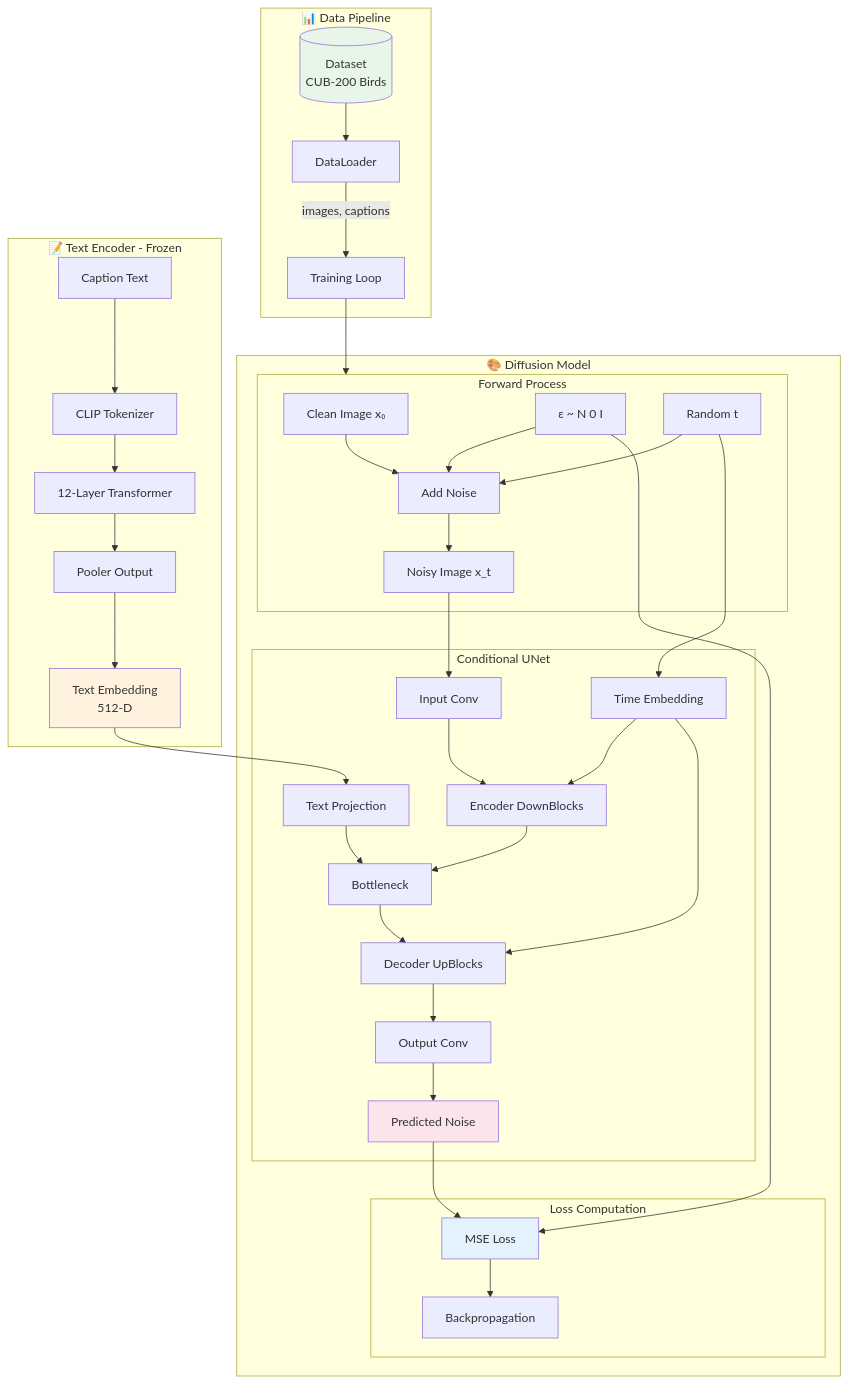
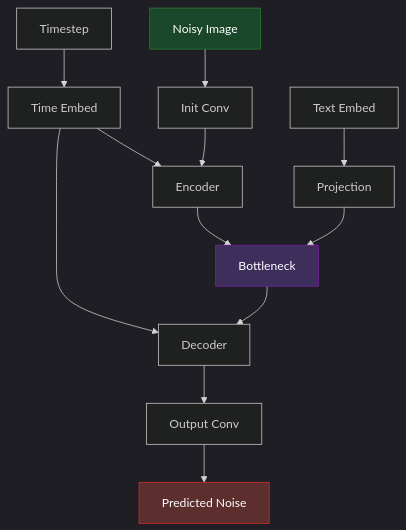
Before and after one commit to kushalsai-01/Conditional-Diffusion-Text2Image: the third of 4 diagrams in README.md, drawn with Mermaid. The commit also changed other lines of this file and 2 other files, not shown here.

Commit message:
Update: Clean README with dark diagrams, fix training bugs

````diff
--- a/README.md
+++ b/README.md
@@ -158,52 +60,20 @@
 ```mermaid
+%%{init: {'theme':'dark'}}%%
 graph TB
-    subgraph DataPipeline["📊 Data Pipeline"]
-        DS[(Dataset<br/>CUB-200 Birds)]
-        DS --> DL[DataLoader]
-        DL --> |images, captions| TRAIN
-    end
+    X[Noisy Image] --> CONV[Init Conv]
+    T[Timestep] --> TIME[Time Embed]
+    C[Text Embed] --> PROJ[Projection]
     
-    subgraph TextEncoder["📝 Text Encoder - Frozen"]
-        CAP[Caption Text] --> TOKENIZER[CLIP Tokenizer]
-        TOKENIZER --> TRANSFORMER[12-Layer Transformer]
-        TRANSFORMER --> POOL[Pooler Output]
-        POOL --> TEXT_EMB[Text Embedding<br/>512-D]
-    end
+    CONV --> DOWN[Encoder]
+    TIME --> DOWN
+    DOWN --> BOTTLE[Bottleneck]
+    PROJ --> BOTTLE
+    BOTTLE --> UP[Decoder]
+    TIME --> UP
+    UP --> OUT[Output Conv]
+    OUT --> NOISE[Predicted Noise]
     
-    subgraph DiffusionModel["🎨 Diffusion Model"]
-        subgraph ForwardDiffusion["Forward Process"]
-            IMG_CLEAN[Clean Image x₀] --> ADD_NOISE[Add Noise]
-            NOISE_SAMPLE[ε ~ N 0 I] --> ADD_NOISE
-            TIMESTEP[Random t] --> ADD_NOISE
-            ADD_NOISE --> IMG_NOISY[Noisy Image x_t]
-        end
-        
-        subgraph UNetModel["Conditional UNet"]
-            IMG_NOISY --> UNET_IN[Input Conv]
-            TEXT_EMB --> PROJ[Text Projection]
-            TIMESTEP --> TIME_EMB[Time Embedding]
-            
-            UNET_IN --> ENC[Encoder DownBlocks]
-            TIME_EMB --> ENC
-            ENC --> BOTTLE[Bottleneck]
-            PROJ --> BOTTLE
-            BOTTLE --> DEC[Decoder UpBlocks]
-            TIME_EMB --> DEC
-            DEC --> UNET_OUT[Output Conv]
-            UNET_OUT --> NOISE_PRED[Predicted Noise]
-        end
-        
-        subgraph Loss["Loss Computation"]
-            NOISE_PRED --> MSE[MSE Loss]
-            NOISE_SAMPLE --> MSE
-            MSE --> BACKWARD[Backpropagation]
-        end
-    end
-    
-    TRAIN[Training Loop] --> ForwardDiffusion
-    
-    style DS fill:#E8F5E9
-    style TEXT_EMB fill:#FFF3E0
-    style NOISE_PRED fill:#FCE4EC
-    style MSE fill:#E3F2FD
+    style X fill:#1a472a,stroke:#2e7d32,color:#fff
+    style NOISE fill:#5c2e2e,stroke:#d32f2f,color:#fff
+    style BOTTLE fill:#3d2e5c,stroke:#7b1fa2,color:#fff
 ```
````
